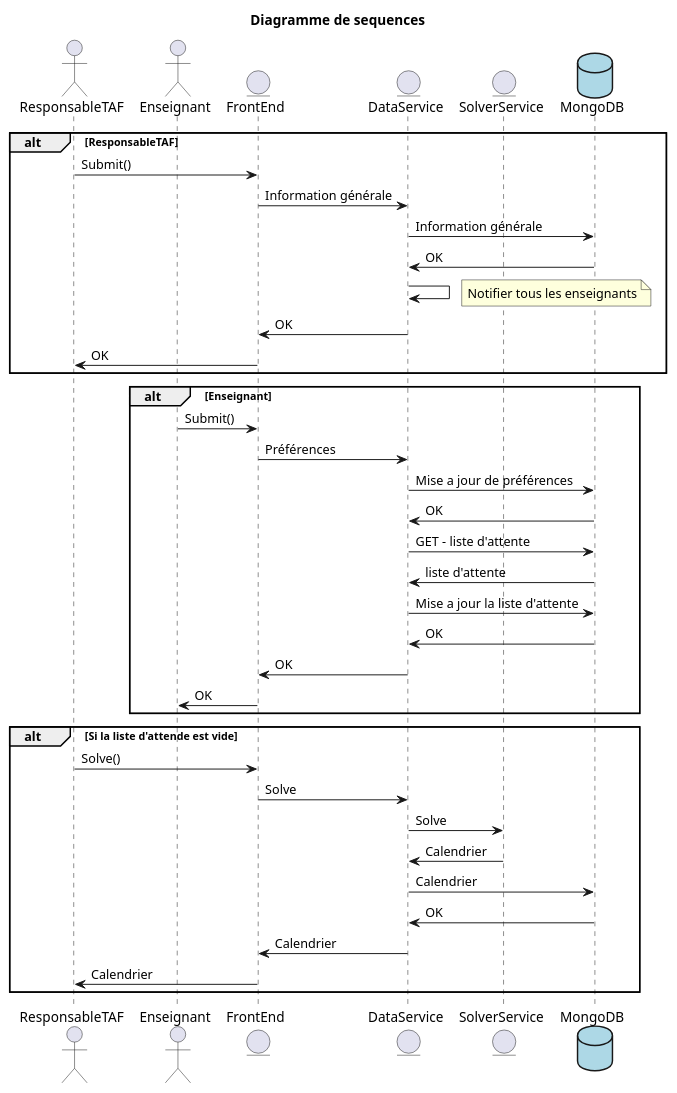
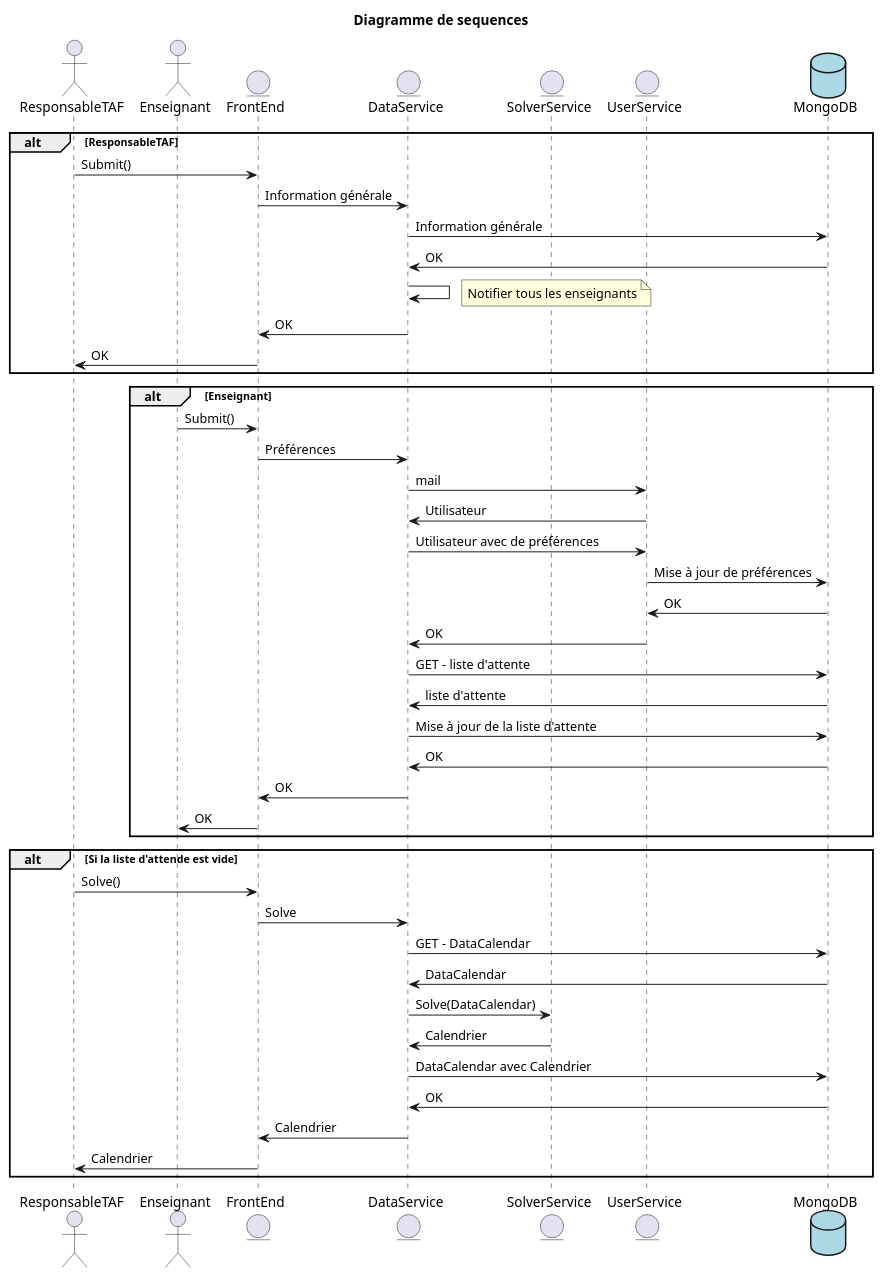
One commit to TheoLeCalvar/Planify changed the diagram in back-end/diagram.puml. Above: the diagram before and after it, drawn with PlantUML.

Commit message:
update diagram

```diff
--- a/back-end/diagram.puml
+++ b/back-end/diagram.puml
@@ -1,48 +1,55 @@
 @startuml Diagramme
 
 title Diagramme de sequences
 actor ResponsableTAF
 actor Enseignant
 entity FrontEnd
 entity DataService
 entity SolverService
+entity UserService
 database MongoDB #LightBlue
 
 alt ResponsableTAF
     ResponsableTAF -> FrontEnd: Submit()
     FrontEnd -> DataService: Information générale
     DataService -> MongoDB: Information générale
     MongoDB -> DataService: OK
     DataService -> DataService
     note right
         Notifier tous les enseignants
     end note
     DataService -> FrontEnd: OK
     FrontEnd -> ResponsableTAF: OK
 end
 
 alt Enseignant
     Enseignant -> FrontEnd: Submit()
     FrontEnd -> DataService: Préférences
-    DataService -> MongoDB: Mise a jour de préférences
-    MongoDB -> DataService: OK
+    DataService -> UserService: mail
+    UserService -> DataService: Utilisateur
+    DataService -> UserService: Utilisateur avec de préférences
+    UserService -> MongoDB: Mise à jour de préférences
+    MongoDB -> UserService: OK
+    UserService -> DataService: OK
     DataService -> MongoDB: GET - liste d'attente
     MongoDB -> DataService: liste d'attente
-    DataService -> MongoDB: Mise a jour la liste d'attente
+    DataService -> MongoDB: Mise à jour de la liste d'attente
     MongoDB -> DataService: OK
     DataService -> FrontEnd: OK
     FrontEnd -> Enseignant: OK
 end
 
 alt Si la liste d'attende est vide
     ResponsableTAF -> FrontEnd: Solve()
     FrontEnd -> DataService: Solve
-    DataService -> SolverService: Solve
+    DataService -> MongoDB: GET - DataCalendar
+    MongoDB -> DataService: DataCalendar
+    DataService -> SolverService: Solve(DataCalendar)
     SolverService -> DataService: Calendrier
-    DataService -> MongoDB: Calendrier
+    DataService -> MongoDB: DataCalendar avec Calendrier
     MongoDB -> DataService: OK
     DataService -> FrontEnd: Calendrier
     FrontEnd -> ResponsableTAF: Calendrier
 end
 
 @enduml
```
